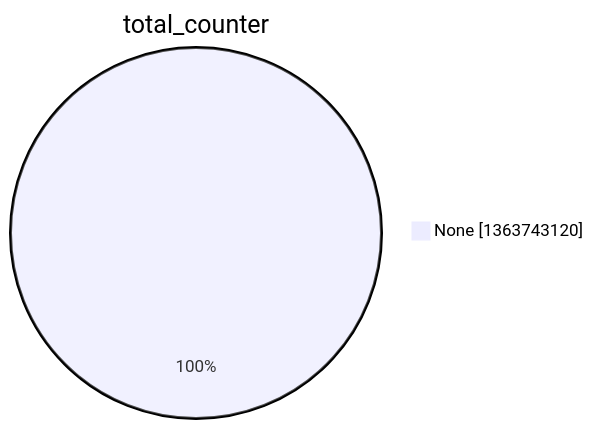
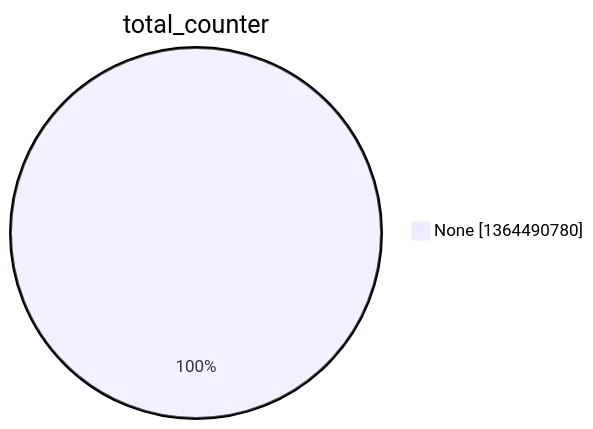
Before and after one commit to christiankrug/ctmonitor_visualization: the second of 15 diagrams in argon2022/README.md, drawn with Mermaid. The commit also changed other lines of this file, not shown here.

````diff
--- a/argon2022/README.md
+++ b/argon2022/README.md
@@ -9,5 +9,5 @@
 ```mermaid
 pie showData
 title total_counter
-"None" :1363743120
+"None" :1364490780
 ```
````
